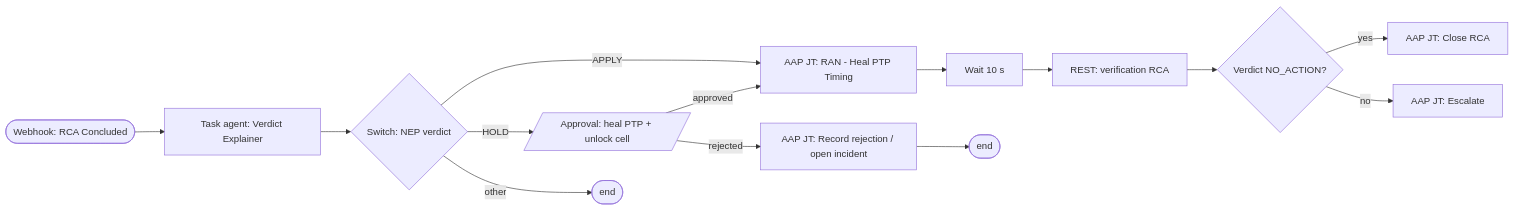
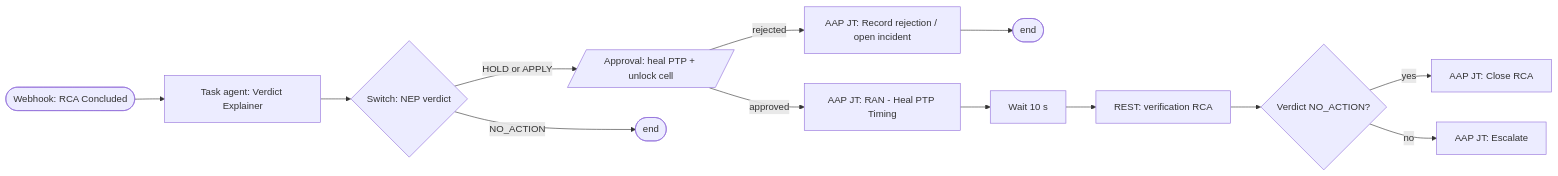
Before and after one commit to saahmd/multivendor-agentic-rca: the diagram in ao-remediation/workflow.mermaid, drawn with Mermaid. The commit also changed 5 other files, not shown here.

```diff
--- a/ao-remediation/workflow.mermaid
+++ b/ao-remediation/workflow.mermaid
@@ -1,12 +1,11 @@
 flowchart LR
     T([Webhook: RCA Concluded]) --> A[Task agent: Verdict Explainer]
     A --> S{Switch: NEP verdict}
-    S -- APPLY --> H
-    S -- HOLD --> P[/Approval: heal PTP + unlock cell/]
-    S -- other --> E1([end])
+    S -- HOLD or APPLY --> P[/Approval: heal PTP + unlock cell/]
+    S -- NO_ACTION --> E1([end])
     P -- approved --> H[AAP JT: RAN - Heal PTP Timing]
     P -- rejected --> R[AAP JT: Record rejection / open incident] --> E2([end])
     H --> W[Wait 10 s] --> V[REST: verification RCA]
     V --> C{Verdict NO_ACTION?}
     C -- yes --> CL[AAP JT: Close RCA]
     C -- no --> ES[AAP JT: Escalate]
```
